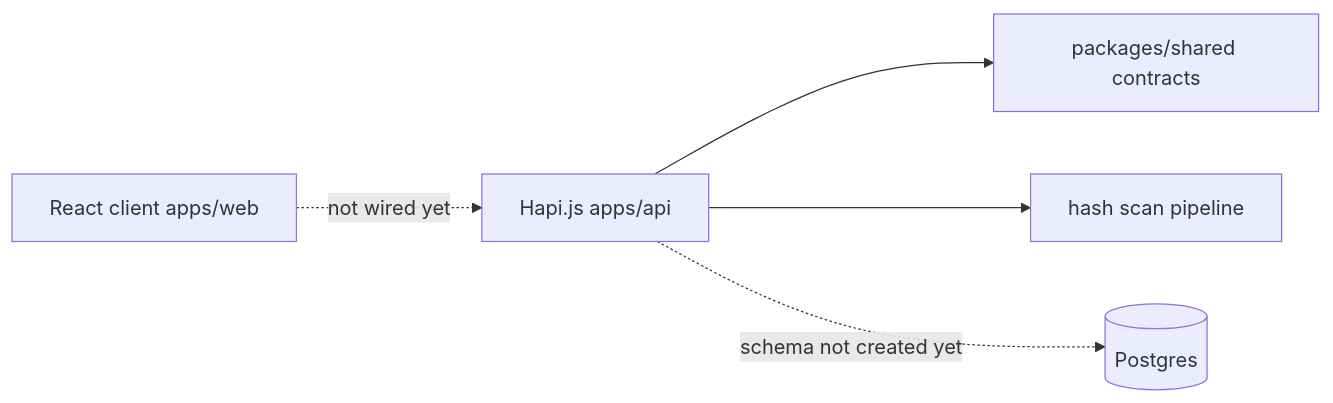
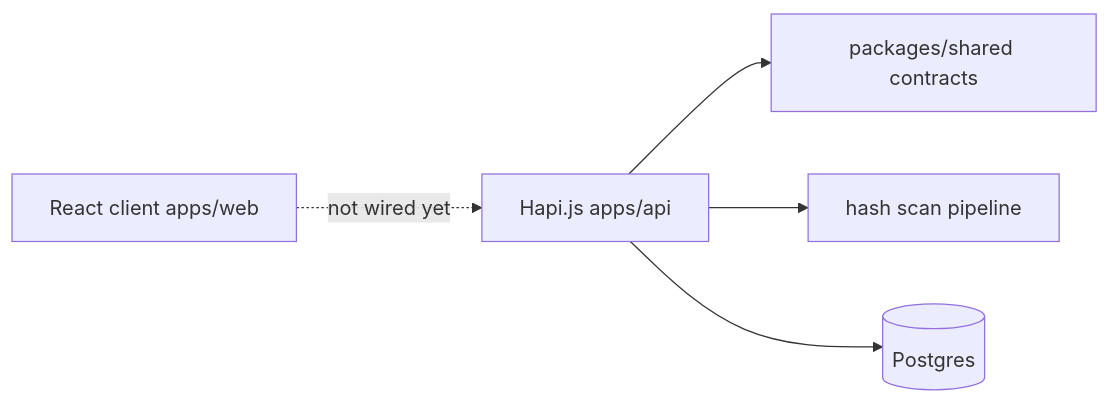
The second of 2 diagrams in docs/Architecture.md (fworks-tech/chaintelescope), drawn with Mermaid before and after one commit. The commit also changed other lines of this file and 15 other files, not shown here.

````diff
--- a/docs/Architecture.md
+++ b/docs/Architecture.md
@@ -50,13 +50,13 @@
 ```mermaid
 flowchart LR
   Client[React client apps/web]
   Hapi[Hapi.js apps/api]
   Shared[packages/shared contracts]
   DB[(Postgres)]
   Stream[hash scan pipeline]
 
   Client -.->|not wired yet| Hapi
   Hapi --> Shared
   Hapi --> Stream
-  Hapi -.->|schema not created yet| DB
+  Hapi --> DB
 ```
````
